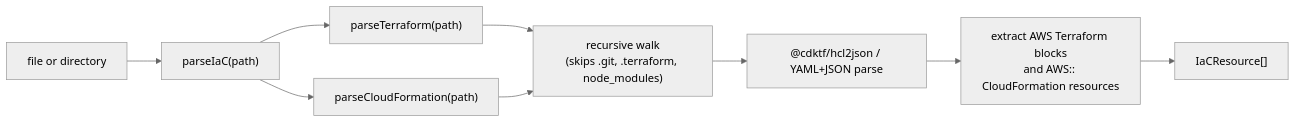
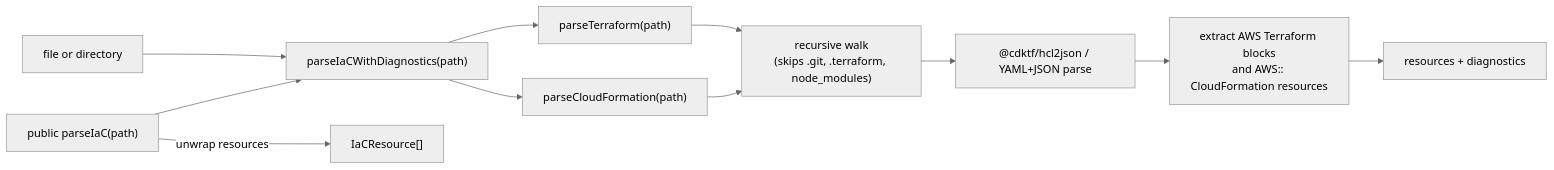
Before and after one commit to towardsthecloud/cloudburn: the third of 3 diagrams in docs/architecture/sdk.md, drawn with Mermaid (neutral theme). The commit also changed other lines of this file and 36 other files, not shown here.

````diff
--- a/docs/architecture/sdk.md
+++ b/docs/architecture/sdk.md
@@ -94,11 +98,13 @@
 ```mermaid
 graph LR
-  Path["file or directory"] --> PI["parseIaC(path)"]
+  Path["file or directory"] --> PI["parseIaCWithDiagnostics(path)"]
   PI --> TF["parseTerraform(path)"]
   PI --> CFN["parseCloudFormation(path)"]
   TF --> Walk["recursive walk\n(skips .git, .terraform, node_modules)"]
   CFN --> Walk
   Walk --> HCL["@cdktf/hcl2json / YAML+JSON parse"]
   HCL --> Extract["extract AWS Terraform blocks\nand AWS:: CloudFormation resources"]
-  Extract --> IaC["IaCResource[]"]
+  Extract --> IaC["resources + diagnostics"]
+  Public["public parseIaC(path)"] --> PI
+  Public -->|"unwrap resources"| PublicResult["IaCResource[]"]
 ```
````
